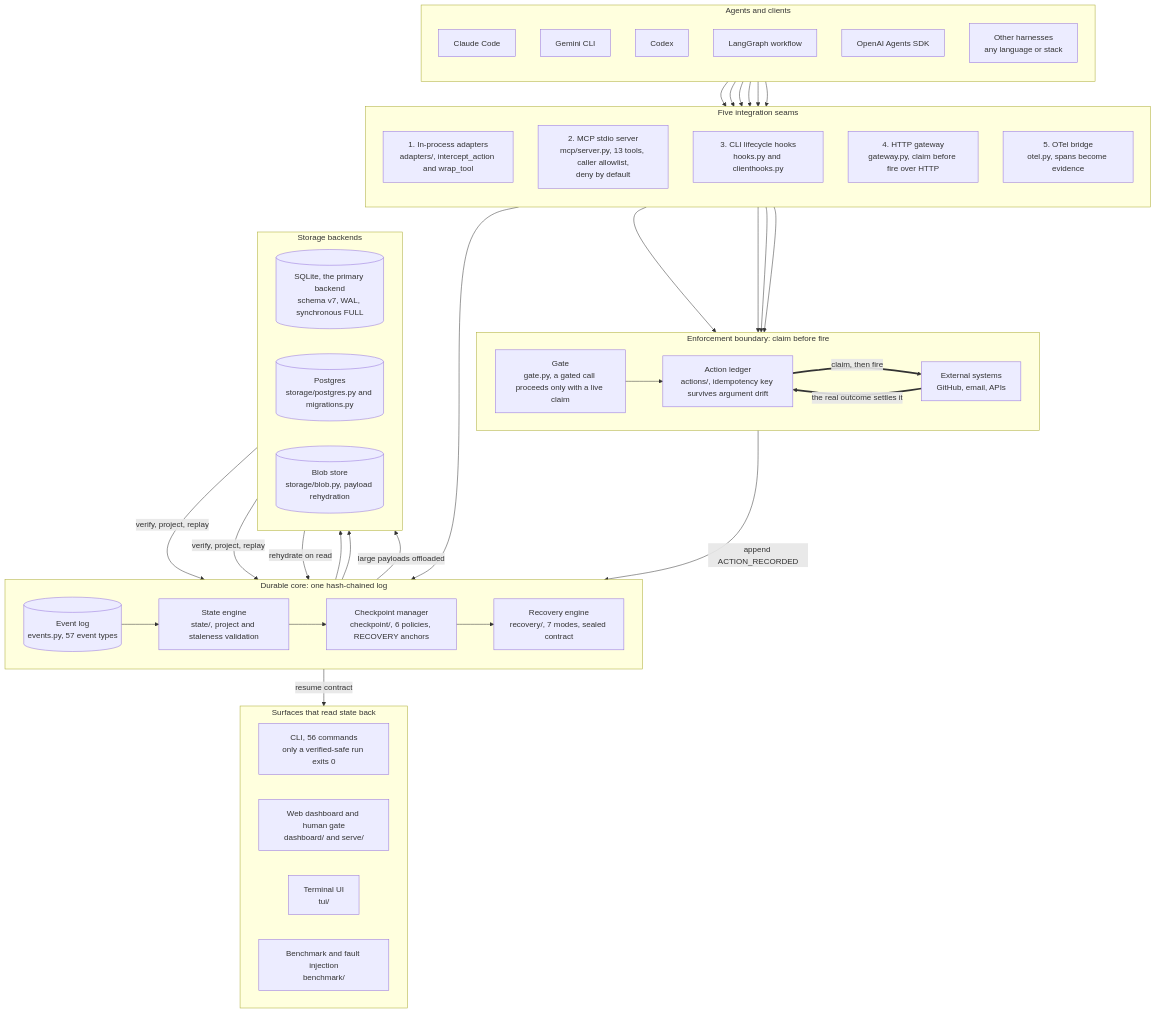
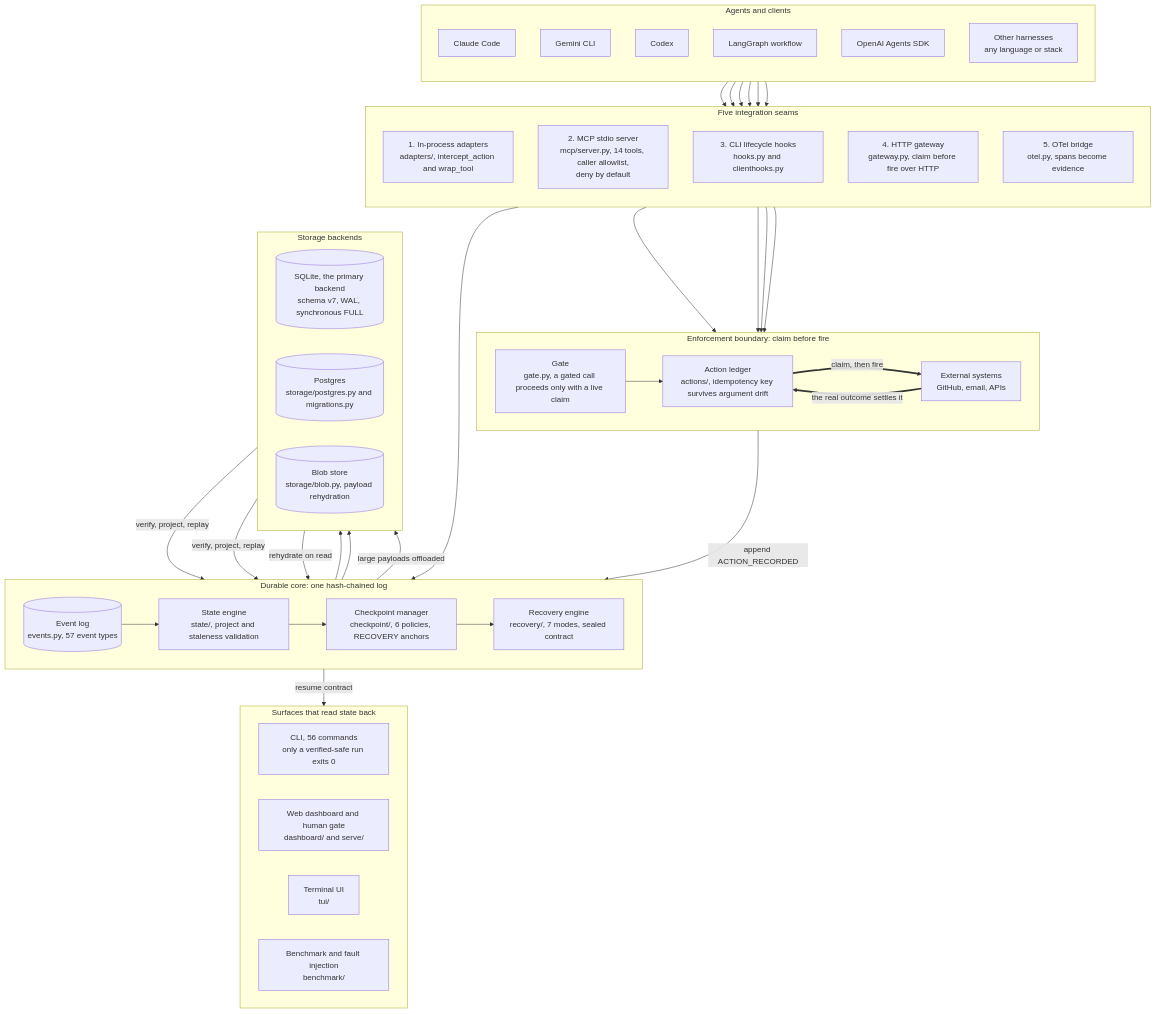
The first of 2 diagrams in docs/diagrams/architecture.md (Cyrax321/CONTINUUM), drawn with Mermaid before and after one commit. The commit also changed other lines of this file and 7 other files, not shown here.

First line of the commit message:
docs: count eleven mutating tools for the fourteen-tool MCP server

```diff
--- a/docs/diagrams/architecture.md
+++ b/docs/diagrams/architecture.md
@@ -32,7 +32,7 @@
     subgraph seams["Five integration seams"]
         direction TB
         ad["1. In-process adapters<br/>adapters/, intercept_action and wrap_tool"]
-        mcp["2. MCP stdio server<br/>mcp/server.py, 13 tools, caller allowlist,<br/>deny by default"]
+        mcp["2. MCP stdio server<br/>mcp/server.py, 14 tools, caller allowlist,<br/>deny by default"]
         hooks["3. CLI lifecycle hooks<br/>hooks.py and clienthooks.py"]
         gw["4. HTTP gateway<br/>gateway.py, claim before fire over HTTP"]
         otel["5. OTel bridge<br/>otel.py, spans become evidence"]
```
